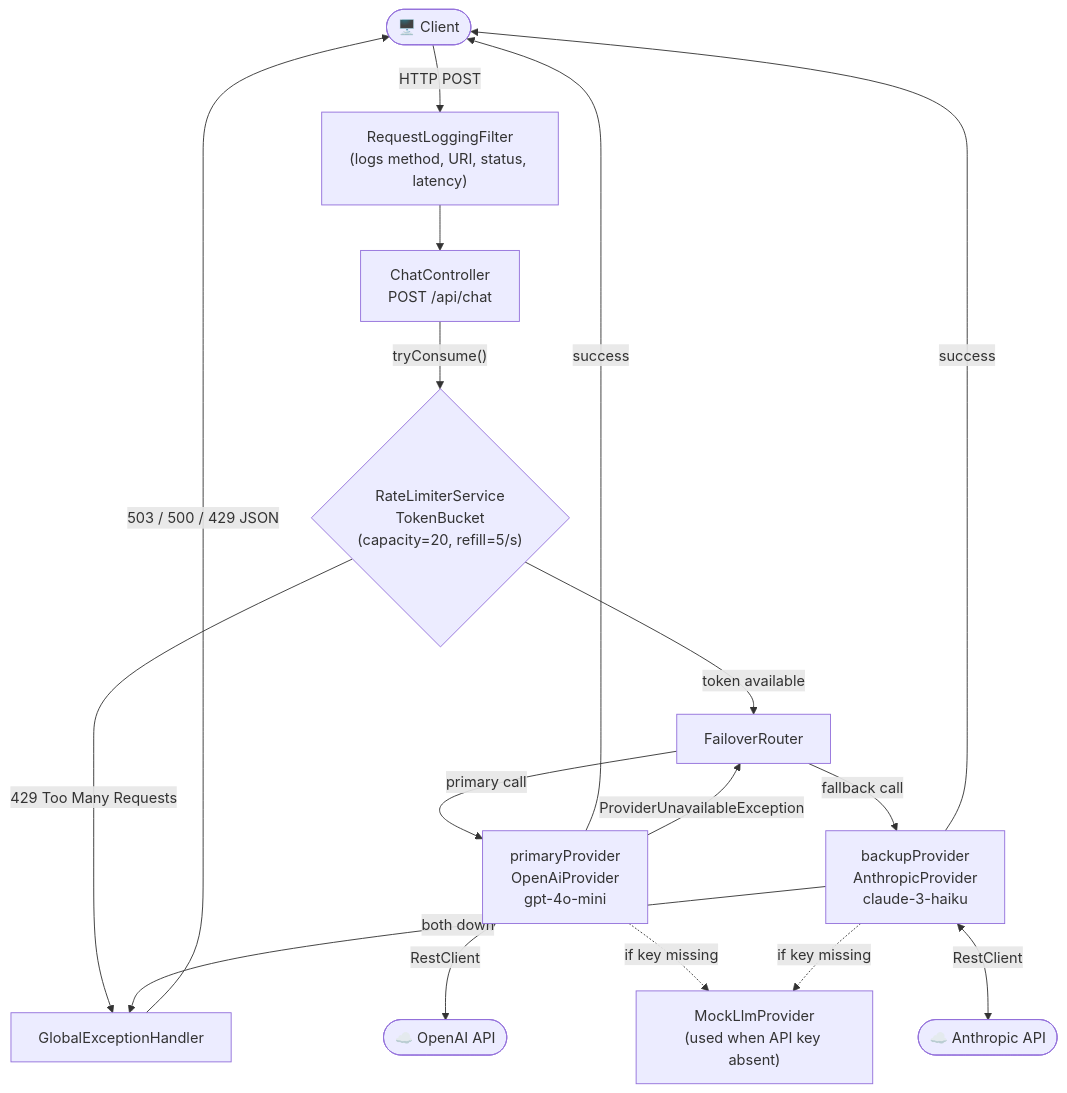
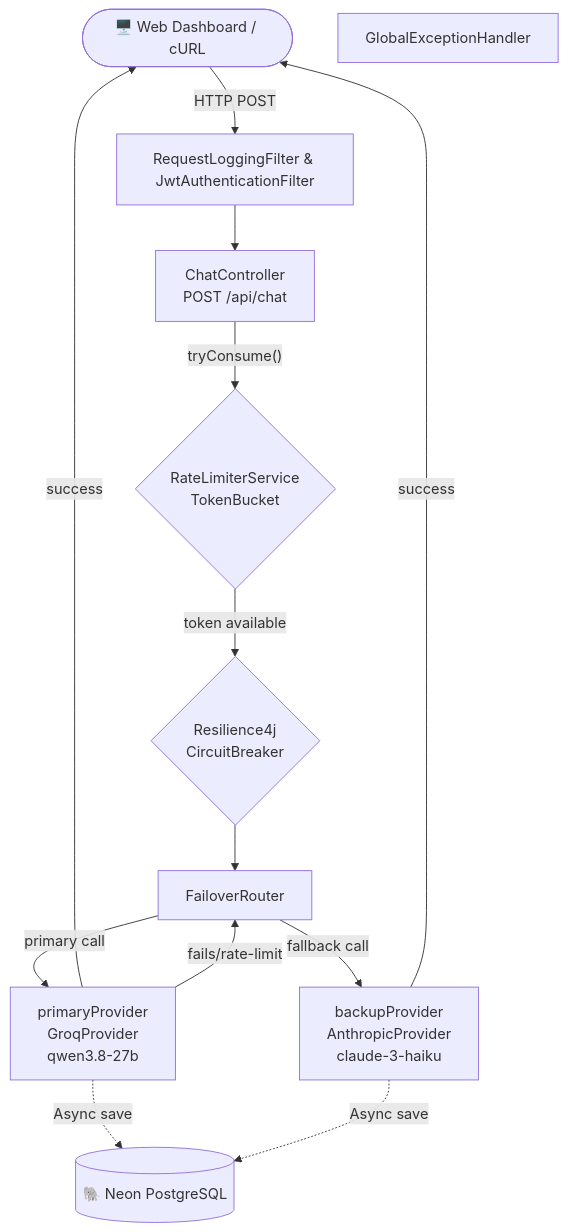
Before and after one commit to PraveenAsad1/LLM_Gateway: the diagram in README.md, drawn with Mermaid. The commit also changed other lines of this file, not shown here.

Commit message:
docs: Update README with new features and dashboard

````diff
--- a/README.md
+++ b/README.md
@@ -16,31 +19,27 @@
 ```mermaid
 flowchart TD
-    Client(["🖥️ Client"])
-    Filter["RequestLoggingFilter\n(logs method, URI, status, latency)"]
+    Client(["🖥️ Web Dashboard / cURL"])
+    Filter["RequestLoggingFilter & JwtAuthenticationFilter"]
     Controller["ChatController\nPOST /api/chat"]
-    RateLimit{"RateLimiterService\nTokenBucket\n(capacity=20, refill=5/s)"}
+    RateLimit{"RateLimiterService\nTokenBucket"}
+    CB{"Resilience4j\nCircuitBreaker"}
     Router["FailoverRouter"]
-    Primary["primaryProvider\nOpenAiProvider\ngpt-4o-mini"]
+    Primary["primaryProvider\nGroqProvider\nqwen3.8-27b"]
     Backup["backupProvider\nAnthropicProvider\nclaude-3-haiku"]
-    Mock["MockLlmProvider\n(used when API key absent)"]
+    DB[("🐘 Neon PostgreSQL")]
     EH["GlobalExceptionHandler"]
-    OpenAI(["☁️ OpenAI API"])
-    Anthropic(["☁️ Anthropic API"])
 
     Client -->|"HTTP POST"| Filter
     Filter --> Controller
     Controller -->|"tryConsume()"| RateLimit
-    RateLimit -->|"429 Too Many Requests"| EH
-    RateLimit -->|"token available"| Router
+    RateLimit -->|"token available"| CB
+    CB --> Router
     Router -->|"primary call"| Primary
     Primary -->|"success"| Client
-    Primary -->|"ProviderUnavailableException"| Router
+    Primary -->|"fails/rate-limit"| Router
     Router -->|"fallback call"| Backup
     Backup -->|"success"| Client
-    Backup -->|"both down"| EH
-    EH -->|"503 / 500 / 429 JSON"| Client
-    Primary <-->|"RestClient"| OpenAI
-    Backup <-->|"RestClient"| Anthropic
-    Primary -. "if key missing" .-> Mock
-    Backup -. "if key missing" .-> Mock
+    
+    Primary -.->|"Async save"| DB
+    Backup -.->|"Async save"| DB
 ```
````
